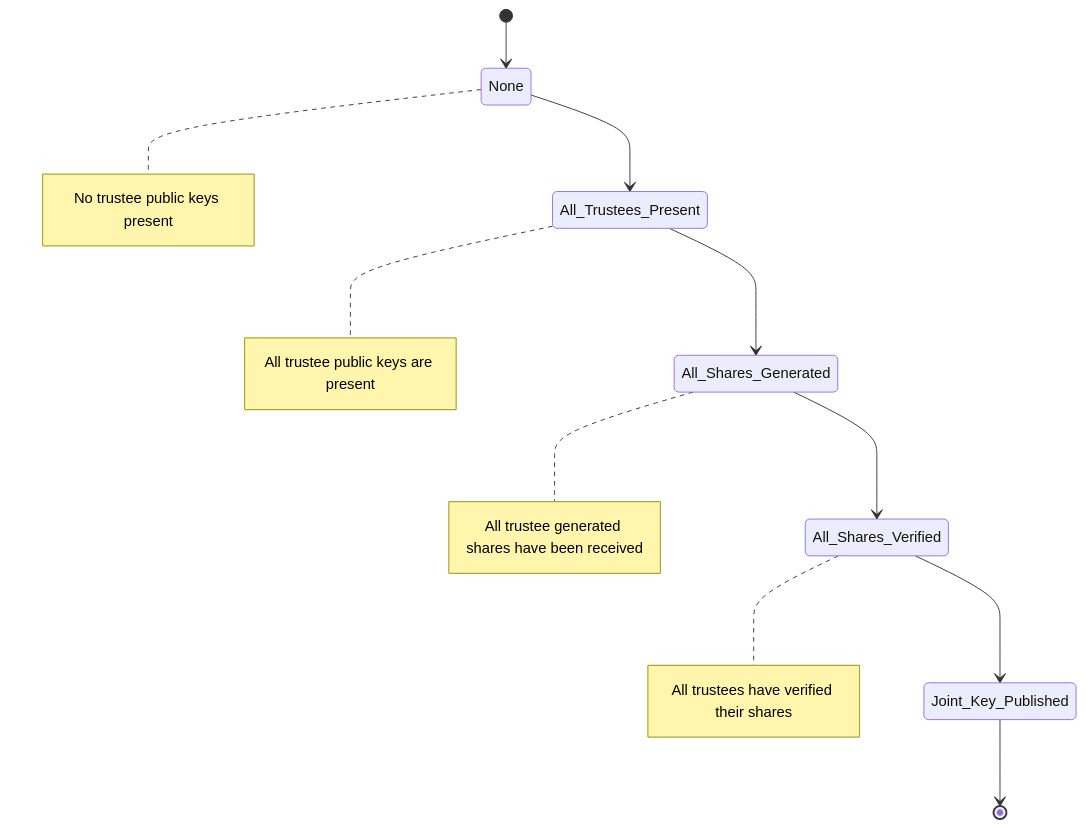
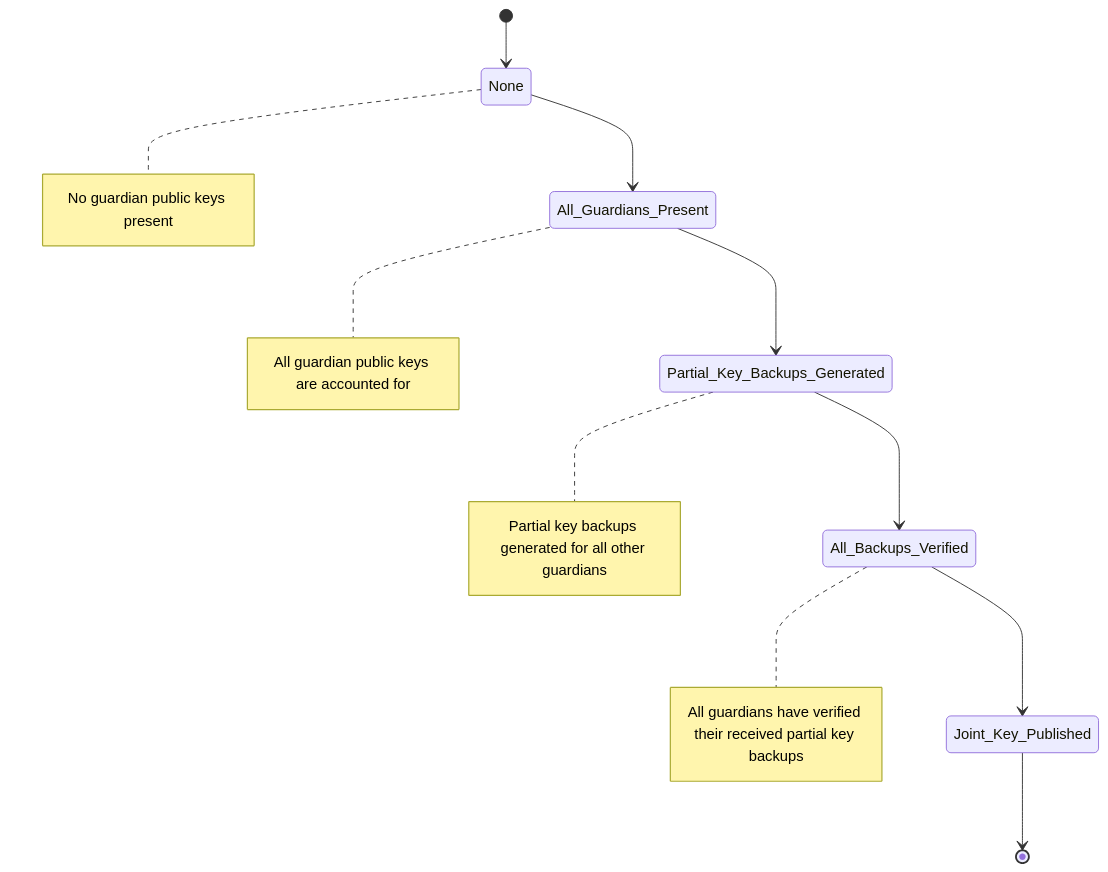
Before and after one commit to Election-Tech-Initiative/electionguard-python: the diagram in docs/1_Key_Ceremony.md, drawn with Mermaid. The commit also changed other lines of this file, not shown here.

Commit message:
📝 Update Documentation to match Guardian

````diff
--- a/docs/1_Key_Ceremony.md
+++ b/docs/1_Key_Ceremony.md
@@ -107,14 +59,14 @@
 ```mermaid
 stateDiagram
     [*] --> None
-    note right of None : No trustee public keys present
-    None --> All_Trustees_Present
-    note right of All_Trustees_Present : All trustee public keys are present
-    All_Trustees_Present --> All_Shares_Generated
-    note right of All_Shares_Generated : All trustee generated shares have been received
-    All_Shares_Generated --> All_Shares_Verified
-    note right of All_Shares_Verified : All trustees have verified their shares
-    All_Shares_Verified --> Joint_Key_Published
+    note right of None : No guardian public keys present
+    None --> All_Guardians_Present
+    note right of All_Guardians_Present : All guardian public keys are accounted for
+    All_Guardians_Present --> Partial_Key_Backups_Generated
+    note right of Partial_Key_Backups_Generated : Partial key backups generated for all other guardians
+    Partial_Key_Backups_Generated --> All_Backups_Verified
+    note right of All_Backups_Verified : All guardians have verified their received partial key backups
+    All_Backups_Verified --> Joint_Key_Published
     Joint_Key_Published --> [*]
 
 ```
````
